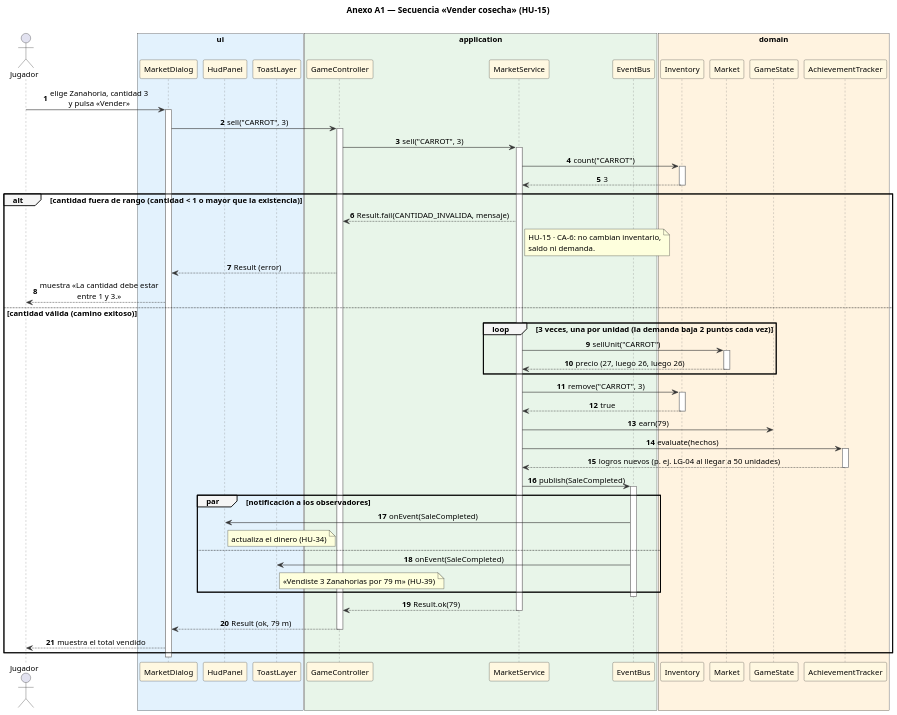
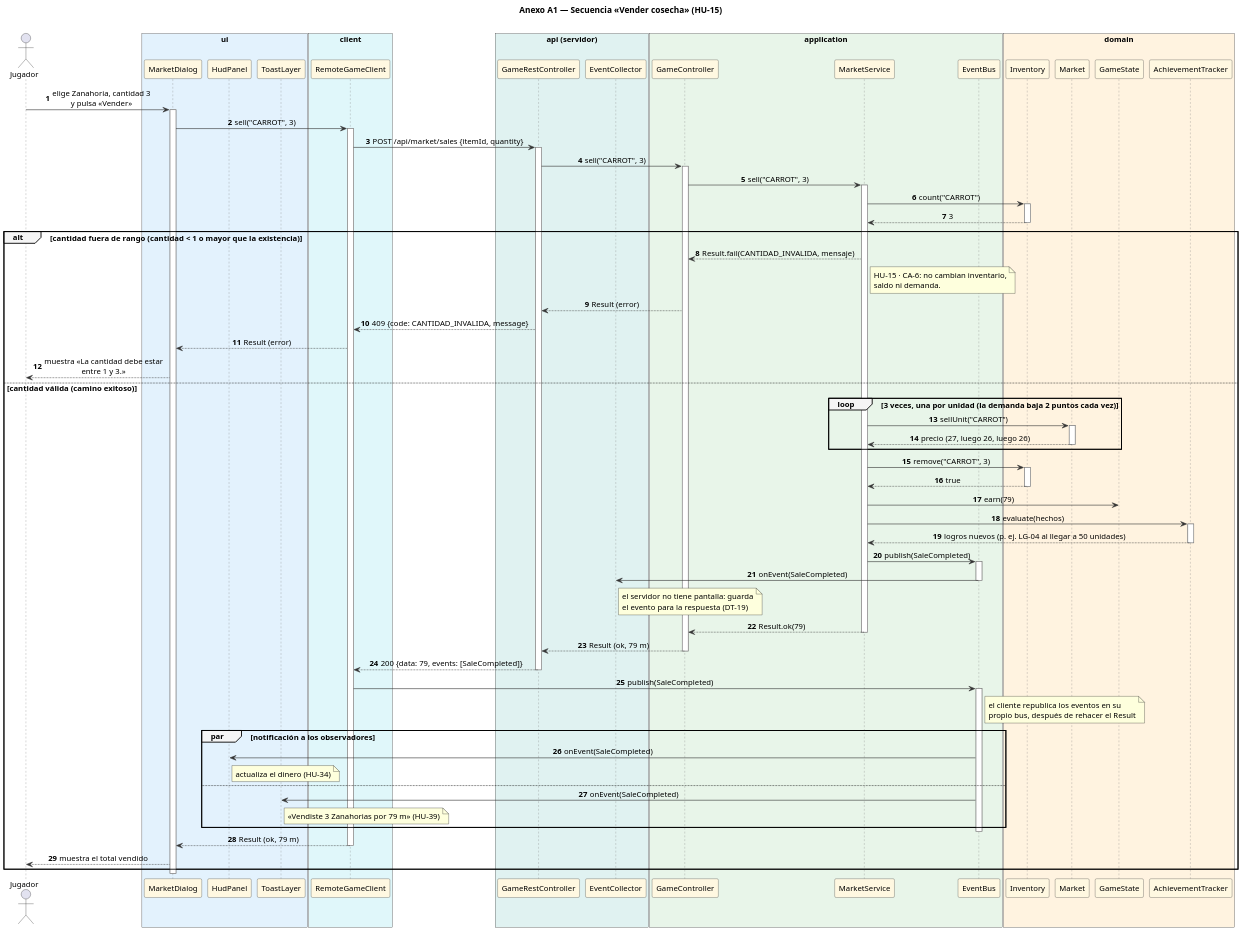
The diagram in docs/diagramas/A1_secuencia_vender_cosecha.puml (MarioZaMu/valle-verde), drawn with PlantUML before and after one commit. The commit also changed 17 other files, not shown here.

Commit message:
docs(architecture): add the REST API reference, update the six diagrams and record phase 5.2b

```diff
--- a/docs/diagramas/A1_secuencia_vender_cosecha.puml
+++ b/docs/diagramas/A1_secuencia_vender_cosecha.puml
@@ -1,94 +1,118 @@
 @startuml A1_secuencia_vender_cosecha
 /'
   Anexo A1 — Diagrama de secuencia «Vender cosecha»  ·  Cubre: HU-15 (CA-1, CA-6), HU-26 (LG-04), HU-38, HU-34, HU-39;
   RF-15, RF-26, RF-34, RF-38, RF-39; RN-14, RN-15, RN-17, RN-18, RN-28, RN-35.
+  Con cliente y servidor: la orden cruza HTTP (los mensajes HTTP se rotulan con el verbo y la ruta, ver docs/API.md).
   Taller bloque 7: cada mensaje corresponde a una operación del diagrama de clases (03_vista_logica) y el flujo incluye
   el camino exitoso y el camino de error. Ejemplo numérico: 3 Zanahorias en Primavera con demanda 100 → 27 + 26 + 26 = 79 m.
 '/
 skinparam dpi 150
 skinparam shadowing false
 skinparam defaultFontName Arial
 skinparam defaultFontSize 13
 skinparam sequenceMessageAlign center
 skinparam sequence {
   ArrowColor #333333
   LifeLineBorderColor #7F7F7F
   ParticipantBackgroundColor #FFF8E1
   ParticipantBorderColor #333333
   GroupBackgroundColor #F5F5F5
 }
 autonumber "<b>0"
 
 title Anexo A1 — Secuencia «Vender cosecha» (HU-15)\n
 
 actor Jugador
 box "ui" #E3F2FD
   participant MarketDialog
   participant HudPanel
   participant ToastLayer
 end box
+box "client" #E0F7FA
+  participant RemoteGameClient
+end box
+box "api (servidor)" #E0F2F1
+  participant GameRestController
+  participant EventCollector
+end box
 box "application" #E8F5E9
   participant GameController
   participant MarketService
   participant EventBus
 end box
 box "domain" #FFF3E0
   participant Inventory
   participant Market
   participant GameState
   participant AchievementTracker
 end box
 
 Jugador -> MarketDialog : elige Zanahoria, cantidad 3\ny pulsa «Vender»
 activate MarketDialog
-MarketDialog -> GameController : sell("CARROT", 3)
+MarketDialog -> RemoteGameClient : sell("CARROT", 3)
+activate RemoteGameClient
+RemoteGameClient -> GameRestController : POST /api/market/sales {itemId, quantity}
+activate GameRestController
+GameRestController -> GameController : sell("CARROT", 3)
 activate GameController
 GameController -> MarketService : sell("CARROT", 3)
 activate MarketService
 MarketService -> Inventory : count("CARROT")
 activate Inventory
 Inventory --> MarketService : 3
 deactivate Inventory
 
 alt cantidad fuera de rango (cantidad < 1 o mayor que la existencia)
   MarketService --> GameController : Result.fail(CANTIDAD_INVALIDA, mensaje)
   note right of MarketService
     HU-15 · CA-6: no cambian inventario,
     saldo ni demanda.
   end note
-  GameController --> MarketDialog : Result (error)
+  GameController --> GameRestController : Result (error)
+  GameRestController --> RemoteGameClient : 409 {code: CANTIDAD_INVALIDA, message}
+  RemoteGameClient --> MarketDialog : Result (error)
   MarketDialog --> Jugador : muestra «La cantidad debe estar\nentre 1 y 3.»
 else cantidad válida (camino exitoso)
   loop 3 veces, una por unidad (la demanda baja 2 puntos cada vez)
     MarketService -> Market : sellUnit("CARROT")
     activate Market
     Market --> MarketService : precio (27, luego 26, luego 26)
     deactivate Market
   end
   MarketService -> Inventory : remove("CARROT", 3)
   activate Inventory
   Inventory --> MarketService : true
   deactivate Inventory
   MarketService -> GameState : earn(79)
   MarketService -> AchievementTracker : evaluate(hechos)
   activate AchievementTracker
   AchievementTracker --> MarketService : logros nuevos (p. ej. LG-04 al llegar a 50 unidades)
   deactivate AchievementTracker
   MarketService -> EventBus : publish(SaleCompleted)
   activate EventBus
+  EventBus -> EventCollector : onEvent(SaleCompleted)
+  note right of EventCollector : el servidor no tiene pantalla: guarda\nel evento para la respuesta (DT-19)
+  deactivate EventBus
+  MarketService --> GameController : Result.ok(79)
+  deactivate MarketService
+  GameController --> GameRestController : Result (ok, 79 m)
+  deactivate GameController
+  GameRestController --> RemoteGameClient : 200 {data: 79, events: [SaleCompleted]}
+  deactivate GameRestController
+  RemoteGameClient -> EventBus : publish(SaleCompleted)
+  note right of EventBus : el cliente republica los eventos en su\npropio bus, después de rehacer el Result
+  activate EventBus
   par notificación a los observadores
     EventBus -> HudPanel : onEvent(SaleCompleted)
     note right of HudPanel : actualiza el dinero (HU-34)
   else
     EventBus -> ToastLayer : onEvent(SaleCompleted)
     note right of ToastLayer : «Vendiste 3 Zanahorias por 79 m» (HU-39)
   end
   deactivate EventBus
-  MarketService --> GameController : Result.ok(79)
-  deactivate MarketService
-  GameController --> MarketDialog : Result (ok, 79 m)
-  deactivate GameController
+  RemoteGameClient --> MarketDialog : Result (ok, 79 m)
+  deactivate RemoteGameClient
   MarketDialog --> Jugador : muestra el total vendido
 end
 deactivate MarketDialog
 @enduml
```
